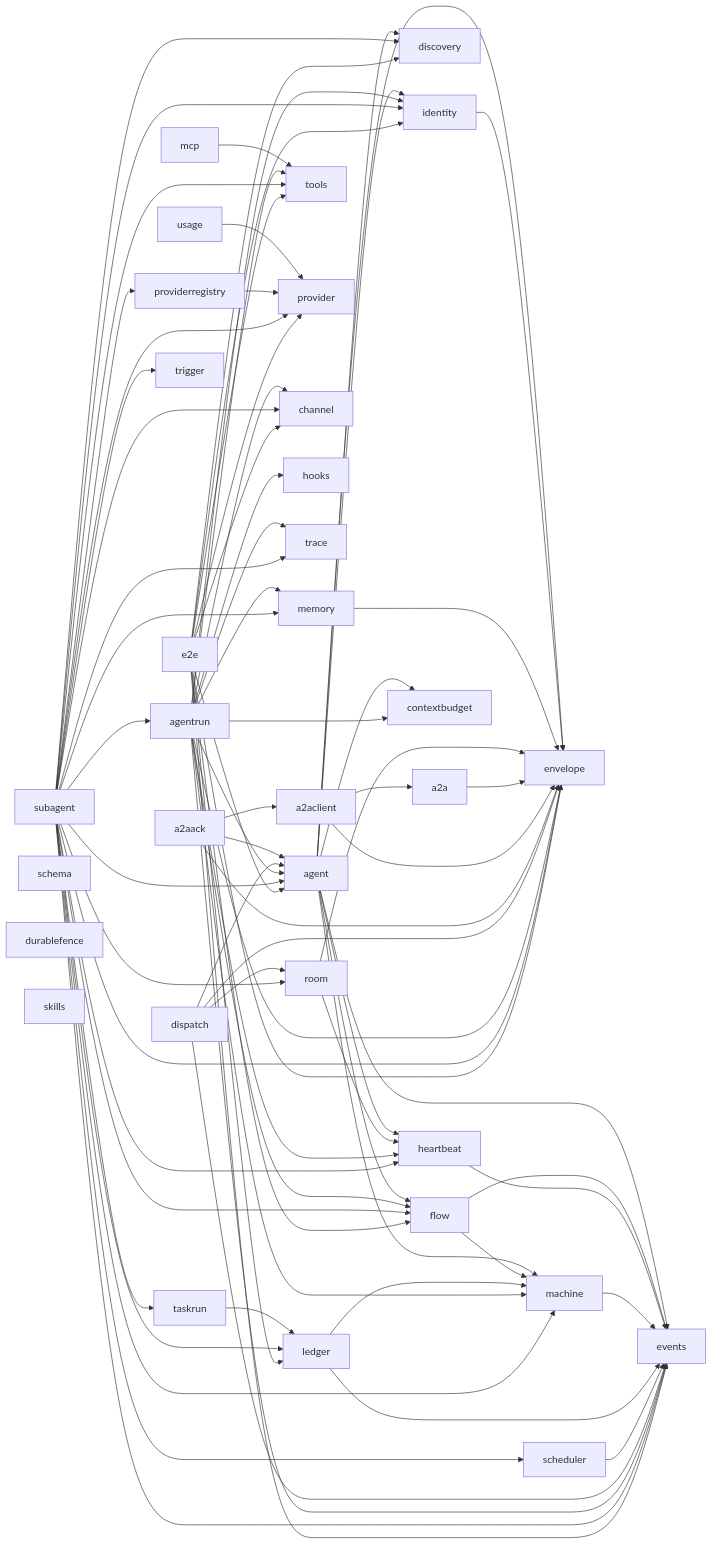
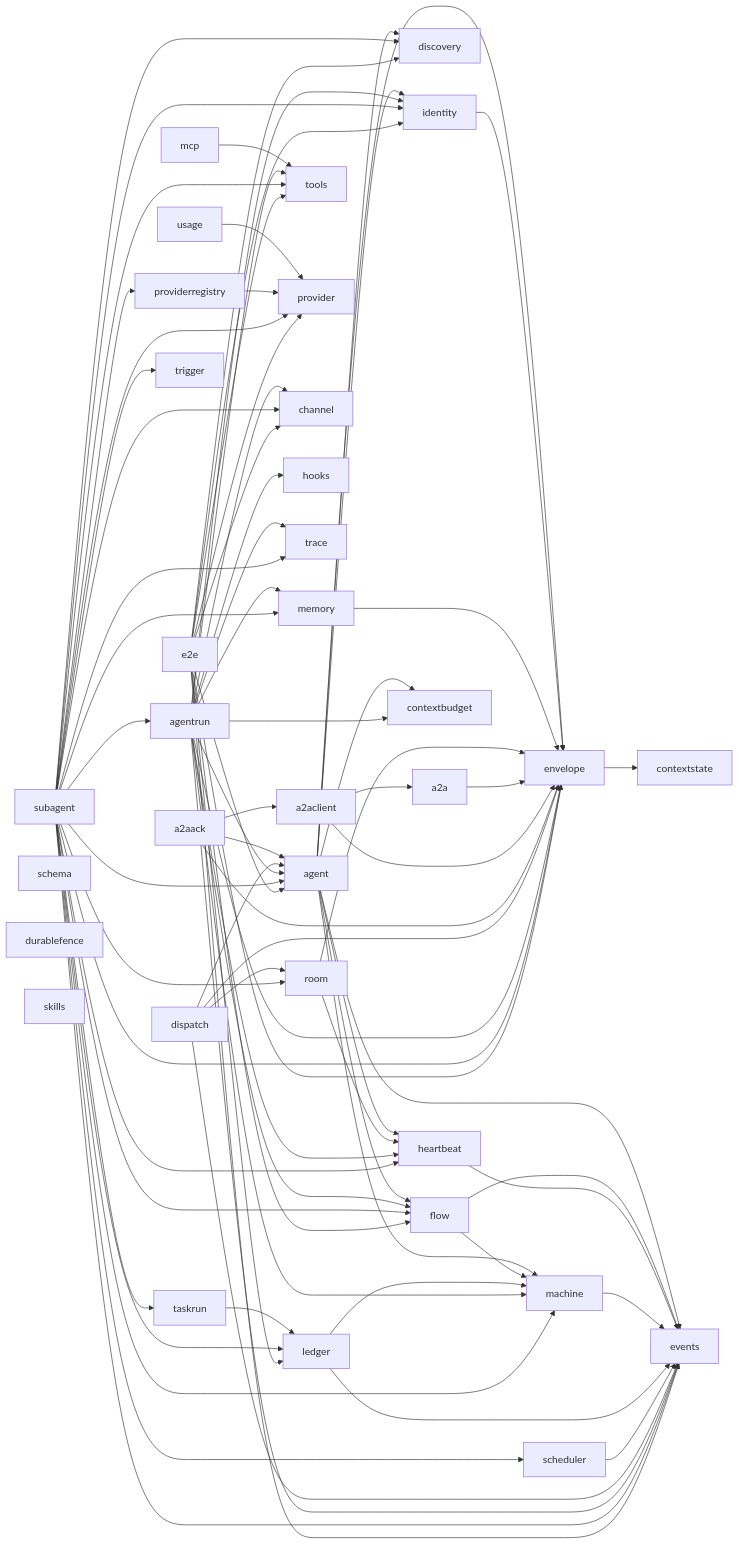
Before and after one commit to MiviaLabs/mivia-ai-sdk: the first of 2 diagrams in docs/architecture.md, drawn with Mermaid. The commit also changed other lines of this file and 24 other files, not shown here.

```diff
--- a/docs/architecture.md
+++ b/docs/architecture.md
@@ -35,6 +35,7 @@
     agent --> machine
     agent --> heartbeat
     agent --> contextbudget
+    envelope --> contextstate
     flow --> events
     flow --> machine
     heartbeat --> events
```
